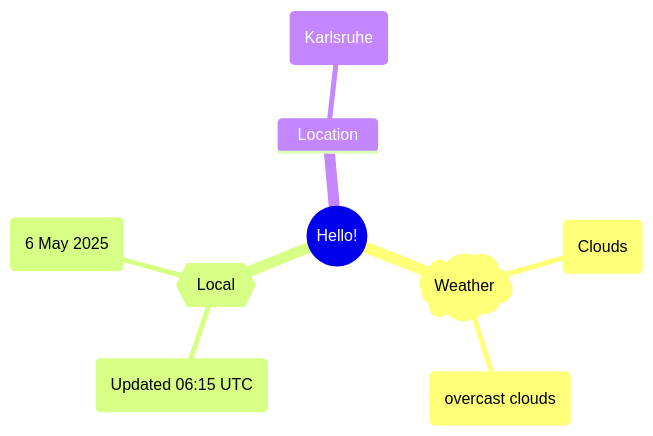
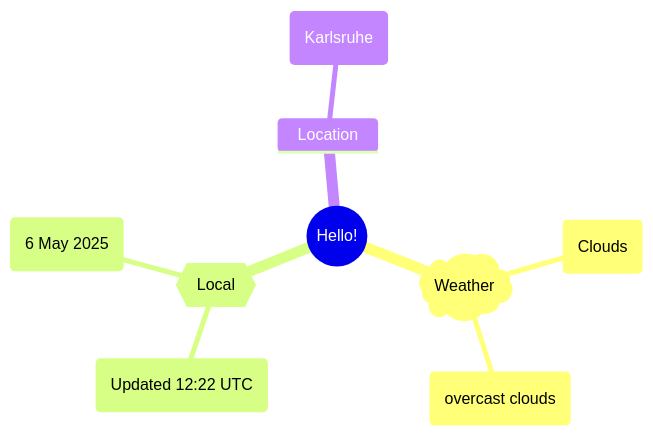
One commit to Xosrov/Xosrov changed the first of 2 diagrams in README.md. Above: the diagram before and after it, drawn with Mermaid.

Commit message:
[bot] updated images

````diff
--- a/README.md
+++ b/README.md
@@ -3,12 +3,12 @@
 ```mermaid
 mindmap
   root((Hello!))
     )Weather(
         (Clouds)
         (overcast clouds)
     {{Local}}
-        (Updated 06:15 UTC)
+        (Updated 12:22 UTC)
         (6 May 2025)
     Location
         (Karlsruhe)
 ```
````
